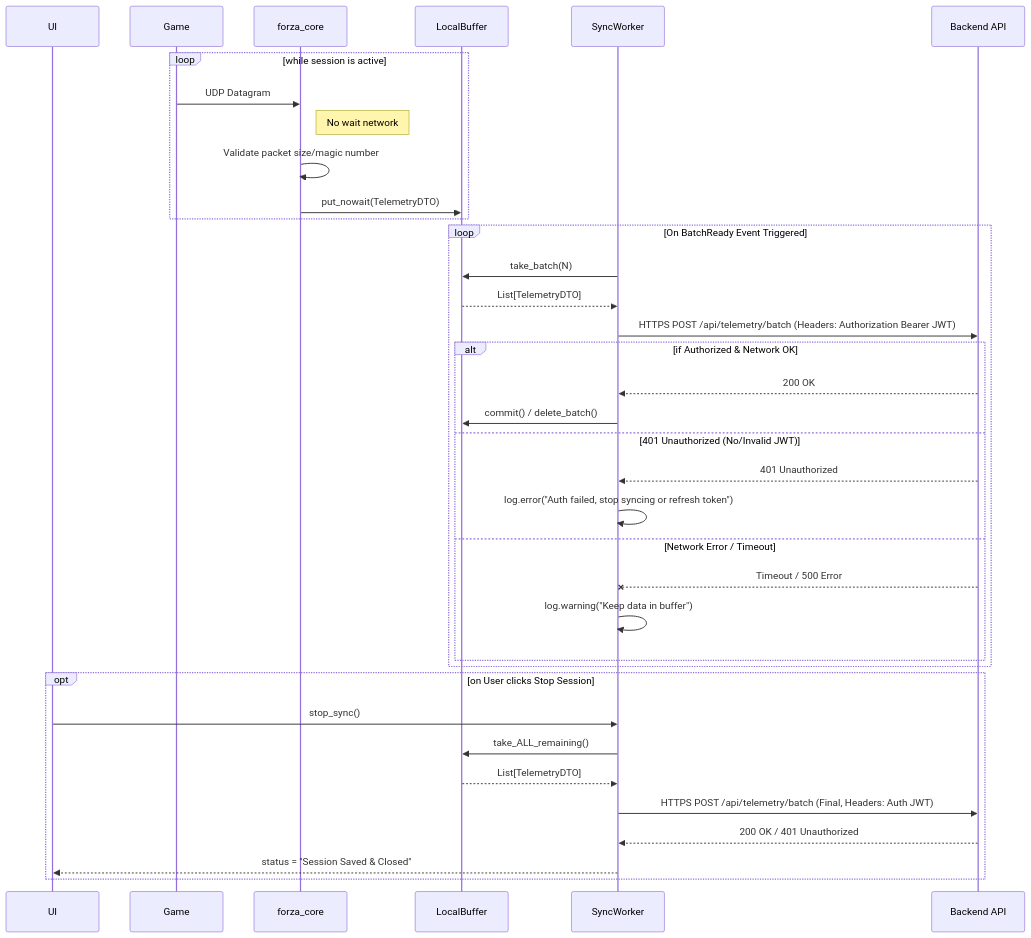
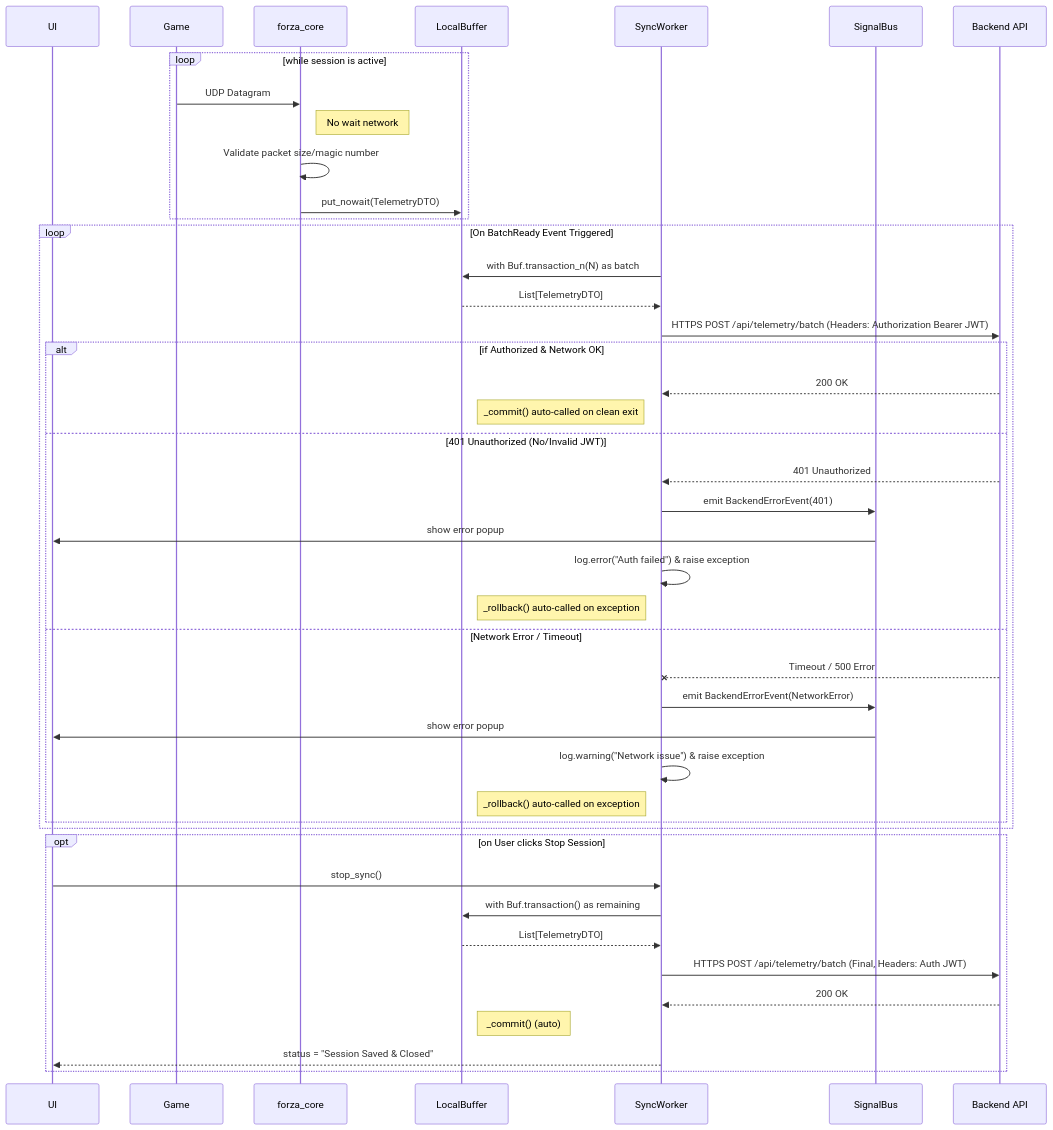
One commit to 1DenLy/ForzaAITuner changed the diagram in docs/03_Backend_Sync/02_Data_Flow.md. Above: the diagram before and after it, drawn with Mermaid. The commit also changed 5 other files, not shown here.

Commit message:
ref: add SignalBus in SyncWorker (Dependency Injection)

````diff
--- a/docs/03_Backend_Sync/02_Data_Flow.md
+++ b/docs/03_Backend_Sync/02_Data_Flow.md
@@ -3,42 +3,50 @@
 ```mermaid
 sequenceDiagram
     participant UI as UI
     participant Game as Game
     participant Core as forza_core
     participant Buf as LocalBuffer
     participant Sync as SyncWorker
+    participant EventBus as SignalBus
     participant API as Backend API
 
     loop while session is active
         Game->>Core: UDP Datagram
         Note right of Core: No wait network
         Core->>Core: Validate packet size/magic number
         Core->>Buf: put_nowait(TelemetryDTO)
     end
 
     loop On BatchReady Event Triggered
-        Sync->>Buf: take_batch(N)
+        Sync->>Buf: with Buf.transaction_n(N) as batch
         Buf-->>Sync: List[TelemetryDTO]
         Sync->>API: HTTPS POST /api/telemetry/batch (Headers: Authorization Bearer JWT)
         
         alt if Authorized & Network OK
             API-->>Sync: 200 OK
-            Sync->>Buf: commit() / delete_batch()
+            Note right of Buf: _commit() auto-called on clean exit
         else 401 Unauthorized (No/Invalid JWT)
             API-->>Sync: 401 Unauthorized
-            Sync->>Sync: log.error("Auth failed, stop syncing or refresh token")
+            Sync->>EventBus: emit BackendErrorEvent(401)
+            EventBus->>UI: show error popup
+            Sync->>Sync: log.error("Auth failed") & raise exception
+            Note right of Buf: _rollback() auto-called on exception
         else Network Error / Timeout
             API--xSync: Timeout / 500 Error
-            Sync->>Sync: log.warning("Keep data in buffer")
+            Sync->>EventBus: emit BackendErrorEvent(NetworkError)
+            EventBus->>UI: show error popup
+            Sync->>Sync: log.warning("Network issue") & raise exception
+            Note right of Buf: _rollback() auto-called on exception
         end
     end
 
     opt on User clicks Stop Session
         UI->>Sync: stop_sync()
-        Sync->>Buf: take_ALL_remaining()
+        Sync->>Buf: with Buf.transaction() as remaining
         Buf-->>Sync: List[TelemetryDTO]
         Sync->>API: HTTPS POST /api/telemetry/batch (Final, Headers: Auth JWT)
-        API-->>Sync: 200 OK / 401 Unauthorized
+        API-->>Sync: 200 OK
+        Note right of Buf: _commit() (auto)
         Sync-->>UI: status = "Session Saved & Closed"
     end
 ```
````
